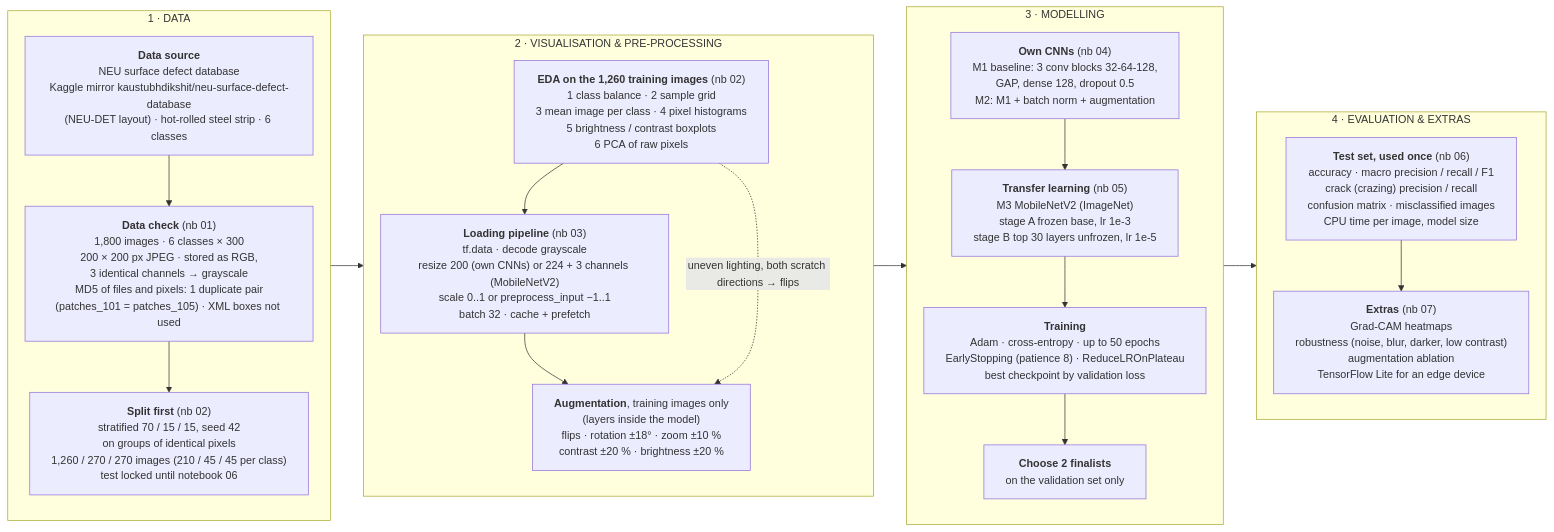
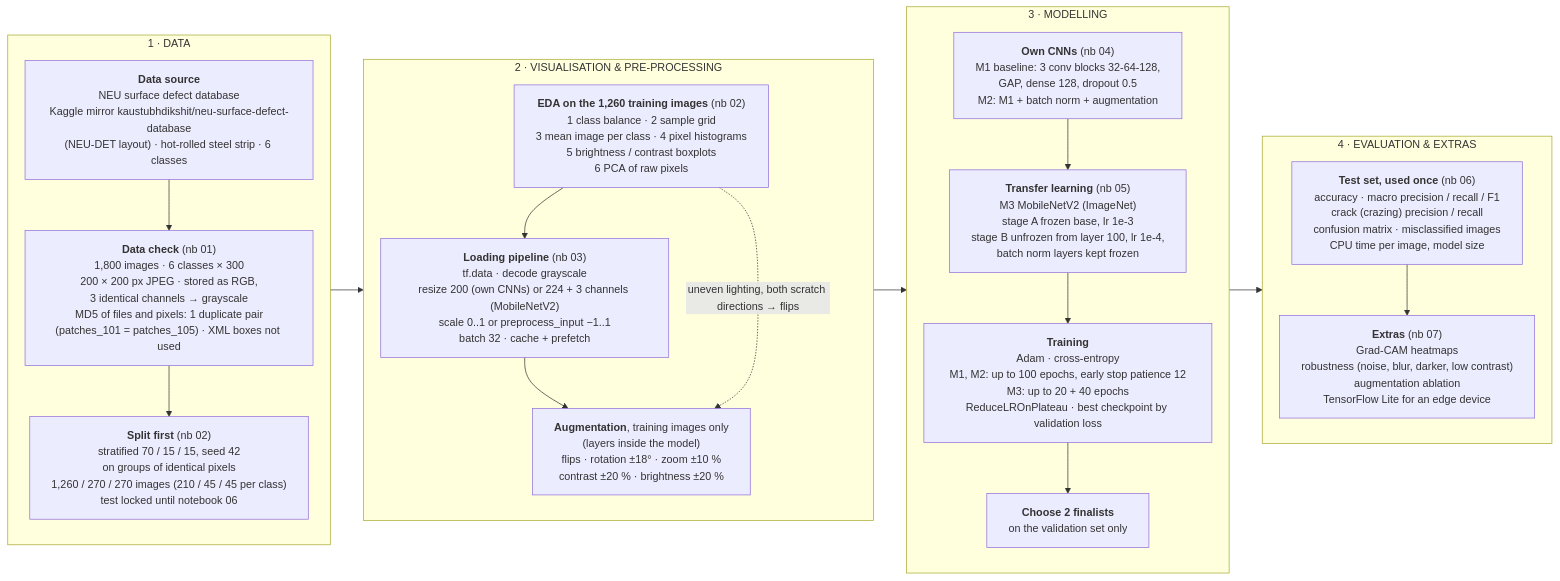
Before and after one commit to ArnavCodez/Ai-for-engineers-EST-project: the diagram in docs/flow_diagram.md, drawn with Mermaid. The commit also changed 6 other files, not shown here.

First line of the commit message:
Add the project report and redraw the flow diagram with the final training settings

````diff
--- a/docs/flow_diagram.md
+++ b/docs/flow_diagram.md
@@ -5,34 +5,34 @@
 ```mermaid
 %%{init: {"flowchart": {"wrappingWidth": 340, "nodeSpacing": 28, "rankSpacing": 46}, "themeVariables": {"fontSize": "15px"}}}%%
 flowchart LR
     subgraph S1["1 · DATA"]
         direction TB
         A["<b>Data source</b><br/>NEU surface defect database<br/>Kaggle mirror kaustubhdikshit/neu-surface-defect-database<br/>(NEU-DET layout) · hot-rolled steel strip · 6 classes"]
         B["<b>Data check</b> (nb 01)<br/>1,800 images · 6 classes × 300<br/>200 × 200 px JPEG · stored as RGB,<br/>3 identical channels → grayscale<br/>MD5 of files and pixels: 1 duplicate pair<br/>(patches_101 = patches_105) · XML boxes not used"]
         C["<b>Split first</b> (nb 02)<br/>stratified 70 / 15 / 15, seed 42<br/>on groups of identical pixels<br/>1,260 / 270 / 270 images (210 / 45 / 45 per class)<br/>test locked until notebook 06"]
         A --> B --> C
     end
     subgraph S2["2 · VISUALISATION & PRE-PROCESSING"]
         direction TB
         D["<b>EDA on the 1,260 training images</b> (nb 02)<br/>1 class balance · 2 sample grid<br/>3 mean image per class · 4 pixel histograms<br/>5 brightness / contrast boxplots<br/>6 PCA of raw pixels"]
         E["<b>Loading pipeline</b> (nb 03)<br/>tf.data · decode grayscale<br/>resize 200 (own CNNs) or 224 + 3 channels (MobileNetV2)<br/>scale 0..1 or preprocess_input −1..1<br/>batch 32 · cache + prefetch"]
         F["<b>Augmentation</b>, training images only<br/>(layers inside the model)<br/>flips · rotation ±18° · zoom ±10 %<br/>contrast ±20 % · brightness ±20 %"]
         D --> E --> F
         D -. "uneven lighting, both scratch directions → flips" .-> F
     end
     subgraph S3["3 · MODELLING"]
         direction TB
         G["<b>Own CNNs</b> (nb 04)<br/>M1 baseline: 3 conv blocks 32-64-128,<br/>GAP, dense 128, dropout 0.5<br/>M2: M1 + batch norm + augmentation"]
-        H["<b>Transfer learning</b> (nb 05)<br/>M3 MobileNetV2 (ImageNet)<br/>stage A frozen base, lr 1e-3<br/>stage B top 30 layers unfrozen, lr 1e-5"]
-        I["<b>Training</b><br/>Adam · cross-entropy · up to 50 epochs<br/>EarlyStopping (patience 8) · ReduceLROnPlateau<br/>best checkpoint by validation loss"]
+        H["<b>Transfer learning</b> (nb 05)<br/>M3 MobileNetV2 (ImageNet)<br/>stage A frozen base, lr 1e-3<br/>stage B unfrozen from layer 100, lr 1e-4,<br/>batch norm layers kept frozen"]
+        I["<b>Training</b><br/>Adam · cross-entropy<br/>M1, M2: up to 100 epochs, early stop patience 12<br/>M3: up to 20 + 40 epochs<br/>ReduceLROnPlateau · best checkpoint by validation loss"]
         J["<b>Choose 2 finalists</b><br/>on the validation set only"]
         G --> H --> I --> J
     end
     subgraph S4["4 · EVALUATION & EXTRAS"]
         direction TB
         K["<b>Test set, used once</b> (nb 06)<br/>accuracy · macro precision / recall / F1<br/>crack (crazing) precision / recall<br/>confusion matrix · misclassified images<br/>CPU time per image, model size"]
         L["<b>Extras</b> (nb 07)<br/>Grad-CAM heatmaps<br/>robustness (noise, blur, darker, low contrast)<br/>augmentation ablation<br/>TensorFlow Lite for an edge device"]
         K --> L
     end
     S1 --> S2 --> S3 --> S4
 ```
````
